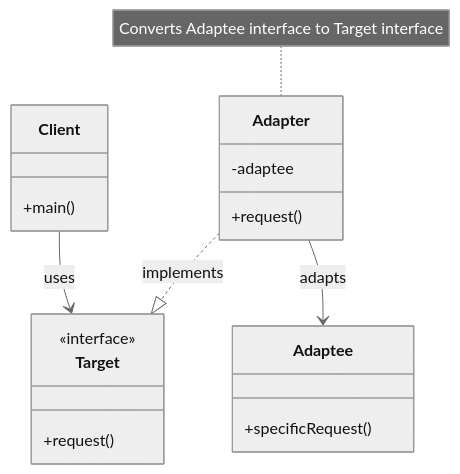
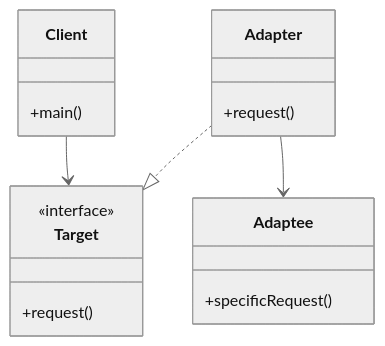
One commit to fanly/DesignPattern changed the first of 3 diagrams in resources/design-patterns/laravel/structural/adapter_en.md. Above: the diagram before and after it, drawn with Mermaid (neutral theme). The commit also changed 11 other files, not shown here.

````diff
--- a/resources/design-patterns/laravel/structural/adapter_en.md
+++ b/resources/design-patterns/laravel/structural/adapter_en.md
@@ -11,26 +11,23 @@
 ```mermaid
 classDiagram
     class Target {
         <<interface>>
         +request()
     }
     
     class Client {
         +main()
     }
     
     class Adapter {
-        -adaptee
         +request()
     }
     
     class Adaptee {
         +specificRequest()
     }
     
-    Client --> Target : uses
-    Adapter ..|> Target : implements
-    Adapter --> Adaptee : adapts
-    
-    note for Adapter "Converts Adaptee interface to Target interface"
+    Client --> Target
+    Adapter ..|> Target
+    Adapter --> Adaptee
 ```
````
